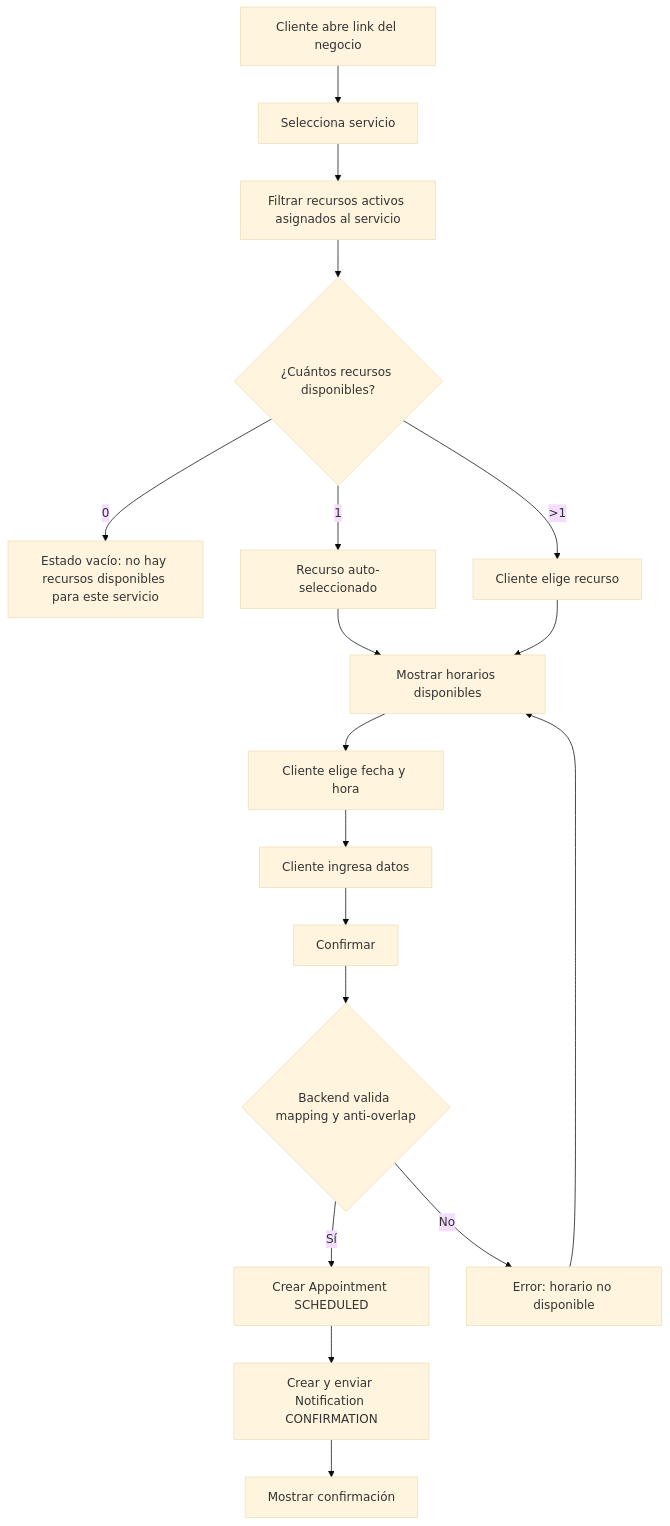
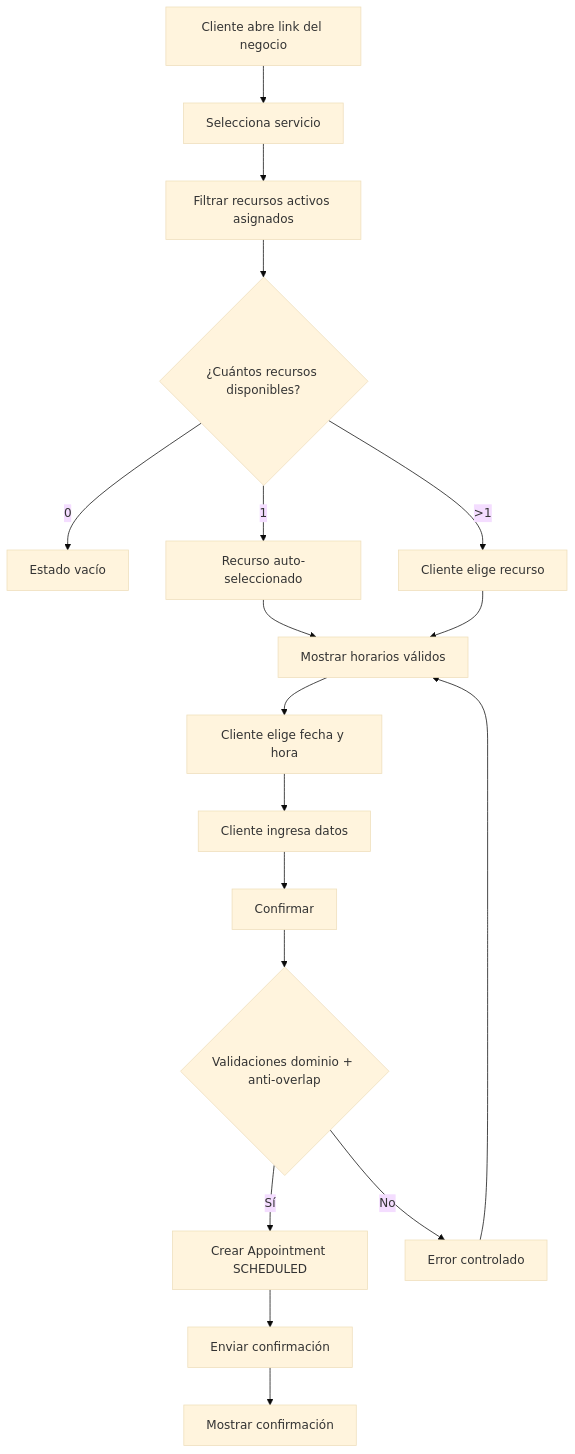
One commit to coccagerman/aggendia changed the diagram in docs/flows.md. Above: the diagram before and after it, drawn with Mermaid (base theme). The commit also changed other lines of this file and 27 other files, not shown here.

````diff
--- a/docs/flows.md
+++ b/docs/flows.md
@@ -195,20 +237,20 @@
 ```mermaid
 flowchart TD
   A[Cliente abre link del negocio] --> B[Selecciona servicio]
-  B --> C[Filtrar recursos activos asignados al servicio]
+  B --> C[Filtrar recursos activos asignados]
   C --> D{¿Cuántos recursos disponibles?}
-  D -- 0 --> X[Estado vacío: no hay recursos disponibles para este servicio]
+  D -- 0 --> X[Estado vacío]
   D -- 1 --> E[Recurso auto-seleccionado]
   D -- >1 --> F[Cliente elige recurso]
-  E --> G[Mostrar horarios disponibles]
+  E --> G[Mostrar horarios válidos]
   F --> G
   G --> H[Cliente elige fecha y hora]
   H --> I[Cliente ingresa datos]
   I --> J[Confirmar]
-  J --> K{Backend valida mapping y anti-overlap}
+  J --> K{Validaciones dominio + anti-overlap}
   K -- Sí --> L[Crear Appointment SCHEDULED]
-  L --> M[Crear y enviar Notification CONFIRMATION]
+  L --> M[Enviar confirmación]
   M --> N[Mostrar confirmación]
-  K -- No --> O[Error: horario no disponible]
+  K -- No --> O[Error controlado]
   O --> G
 ```
````
